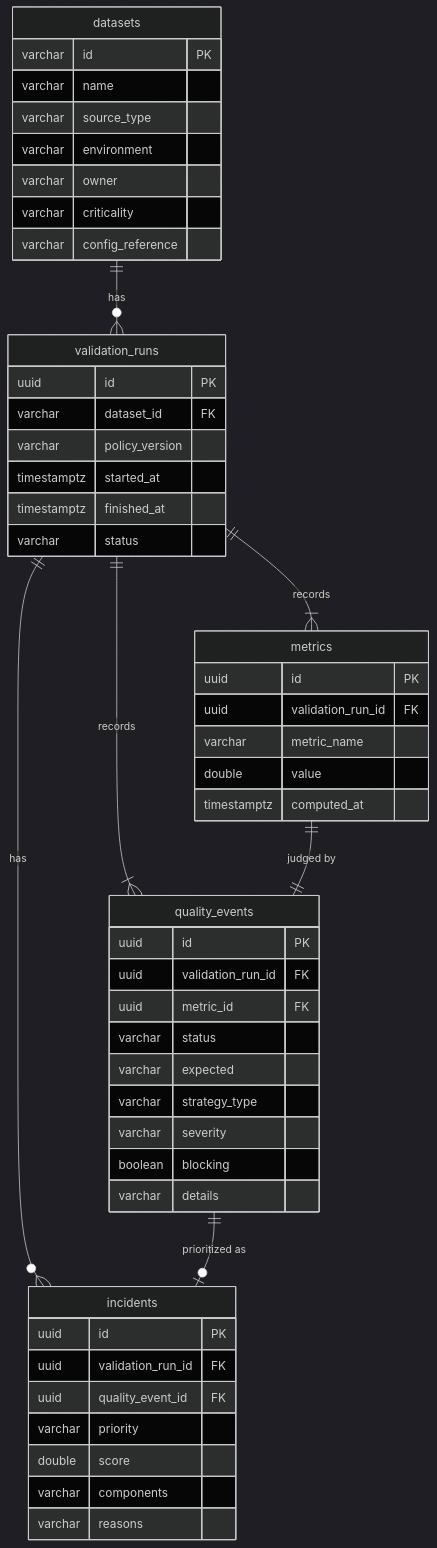
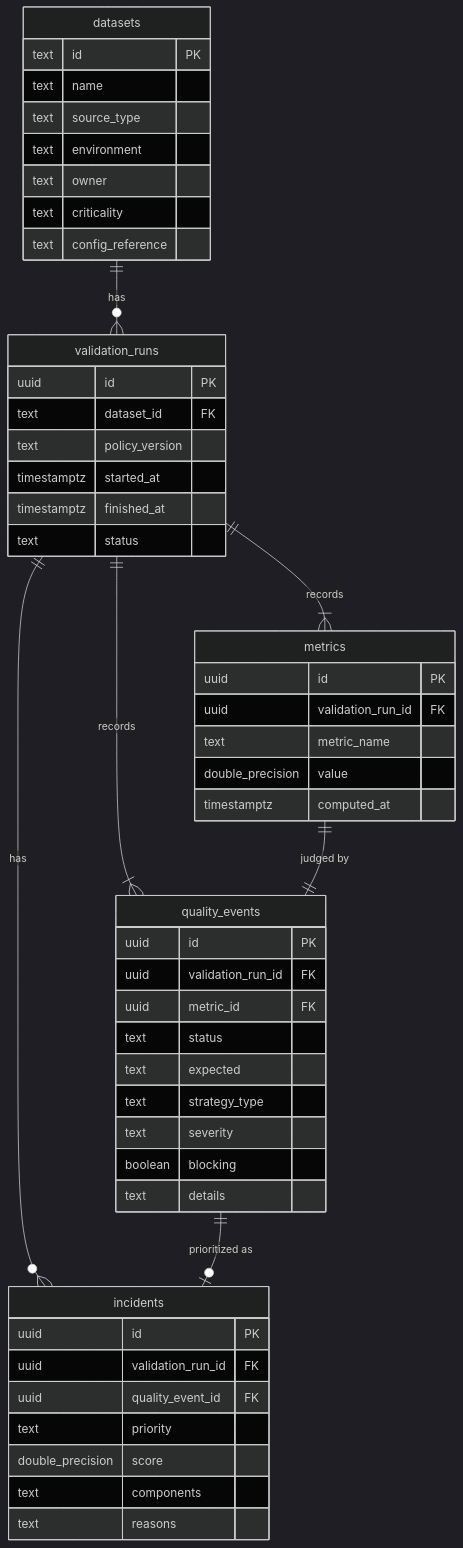
One commit to expert-data-labs/sentinel-dqt changed the diagram in docs/components/persistence.md. Above: the diagram before and after it, drawn with Mermaid (dark theme). The commit also changed other lines of this file and 48 other files, not shown here.

````diff
--- a/docs/components/persistence.md
+++ b/docs/components/persistence.md
@@ -23,54 +27,54 @@
 ```mermaid
 erDiagram
     datasets ||--o{ validation_runs : has
     validation_runs ||--|{ metrics : records
     validation_runs ||--|{ quality_events : records
     metrics ||--|| quality_events : "judged by"
     validation_runs ||--o{ incidents : has
     quality_events ||--o| incidents : "prioritized as"
 
     datasets {
-        varchar id PK
-        varchar name
-        varchar source_type
-        varchar environment
-        varchar owner
-        varchar criticality
-        varchar config_reference
+        text id PK
+        text name
+        text source_type
+        text environment
+        text owner
+        text criticality
+        text config_reference
     }
     validation_runs {
         uuid id PK
-        varchar dataset_id FK
-        varchar policy_version
+        text dataset_id FK
+        text policy_version
         timestamptz started_at
         timestamptz finished_at
-        varchar status
+        text status
     }
     metrics {
         uuid id PK
         uuid validation_run_id FK
-        varchar metric_name
-        double value
+        text metric_name
+        double_precision value
         timestamptz computed_at
     }
     quality_events {
         uuid id PK
         uuid validation_run_id FK
         uuid metric_id FK
-        varchar status
-        varchar expected
-        varchar strategy_type
-        varchar severity
+        text status
+        text expected
+        text strategy_type
+        text severity
         boolean blocking
-        varchar details
+        text details
     }
     incidents {
         uuid id PK
         uuid validation_run_id FK
         uuid quality_event_id FK
-        varchar priority
-        double score
-        varchar components
-        varchar reasons
+        text priority
+        double_precision score
+        text components
+        text reasons
     }
 ```
````
